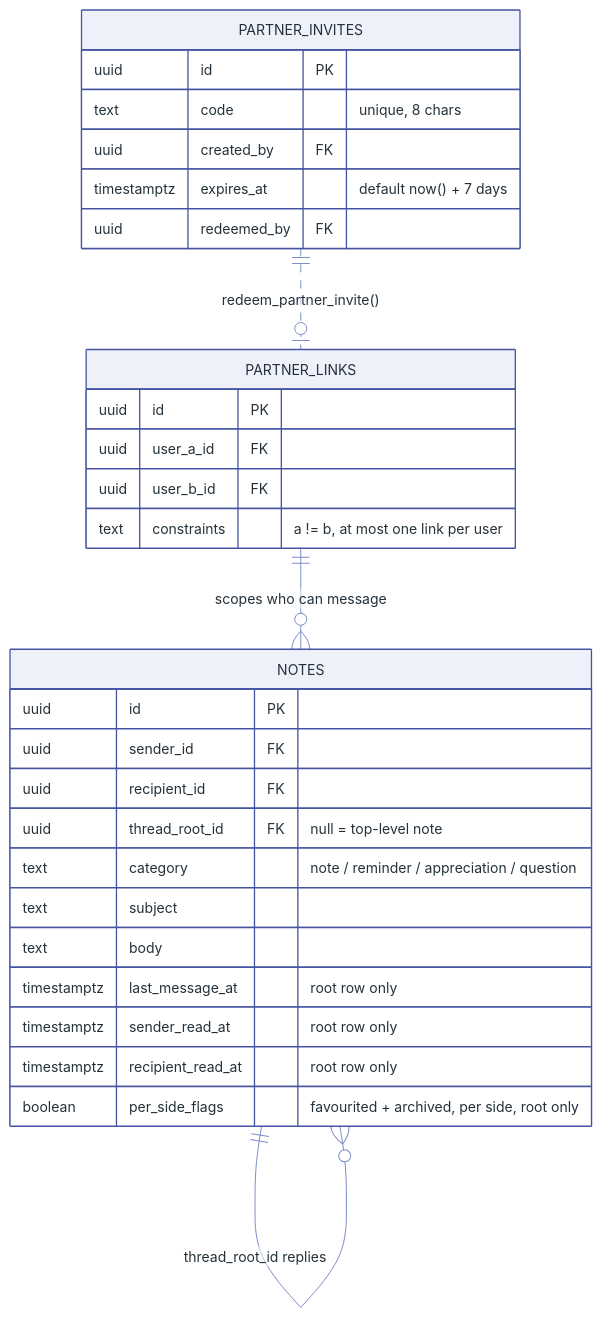
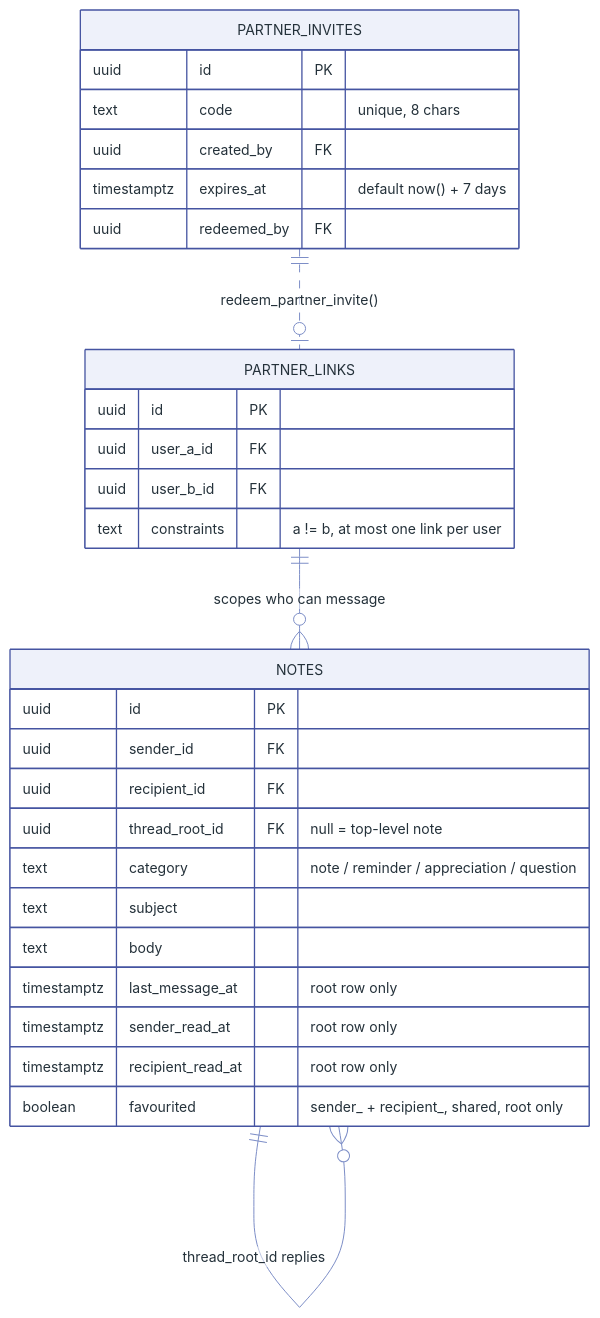
One commit to xxvazquez/health-management changed the fourth of 7 diagrams in docs/data-model.md. Above: the diagram before and after it, drawn with Mermaid. The commit also changed other lines of this file and 12 other files, not shown here.

````diff
--- a/docs/data-model.md
+++ b/docs/data-model.md
@@ -270,38 +271,38 @@
 ```mermaid
 %%{init: {"theme": "base", "themeVariables": {
   "primaryColor": "#eef1fa", "primaryBorderColor": "#4554a1",
   "primaryTextColor": "#24313a", "lineColor": "#7d8ec7",
   "fontFamily": "Inter, -apple-system, sans-serif", "fontSize": "14px"
 }}}%%
 erDiagram
     PARTNER_INVITES ||..o| PARTNER_LINKS : "redeem_partner_invite()"
     PARTNER_LINKS   ||--o{ NOTES         : "scopes who can message"
     NOTES           ||--o{ NOTES         : "thread_root_id replies"
 
     PARTNER_INVITES {
         uuid        id PK
         text        code "unique, 8 chars"
         uuid        created_by FK
         timestamptz expires_at "default now() + 7 days"
         uuid        redeemed_by FK
     }
     PARTNER_LINKS {
         uuid id PK
         uuid user_a_id FK
         uuid user_b_id FK
         text constraints "a != b, at most one link per user"
     }
     NOTES {
         uuid        id PK
         uuid        sender_id FK
         uuid        recipient_id FK
         uuid        thread_root_id FK "null = top-level note"
         text        category "note / reminder / appreciation / question"
         text        subject
         text        body
         timestamptz last_message_at "root row only"
         timestamptz sender_read_at "root row only"
         timestamptz recipient_read_at "root row only"
-        boolean     per_side_flags "favourited + archived, per side, root only"
+        boolean     favourited "sender_ + recipient_, shared, root only"
     }
 ```
````
